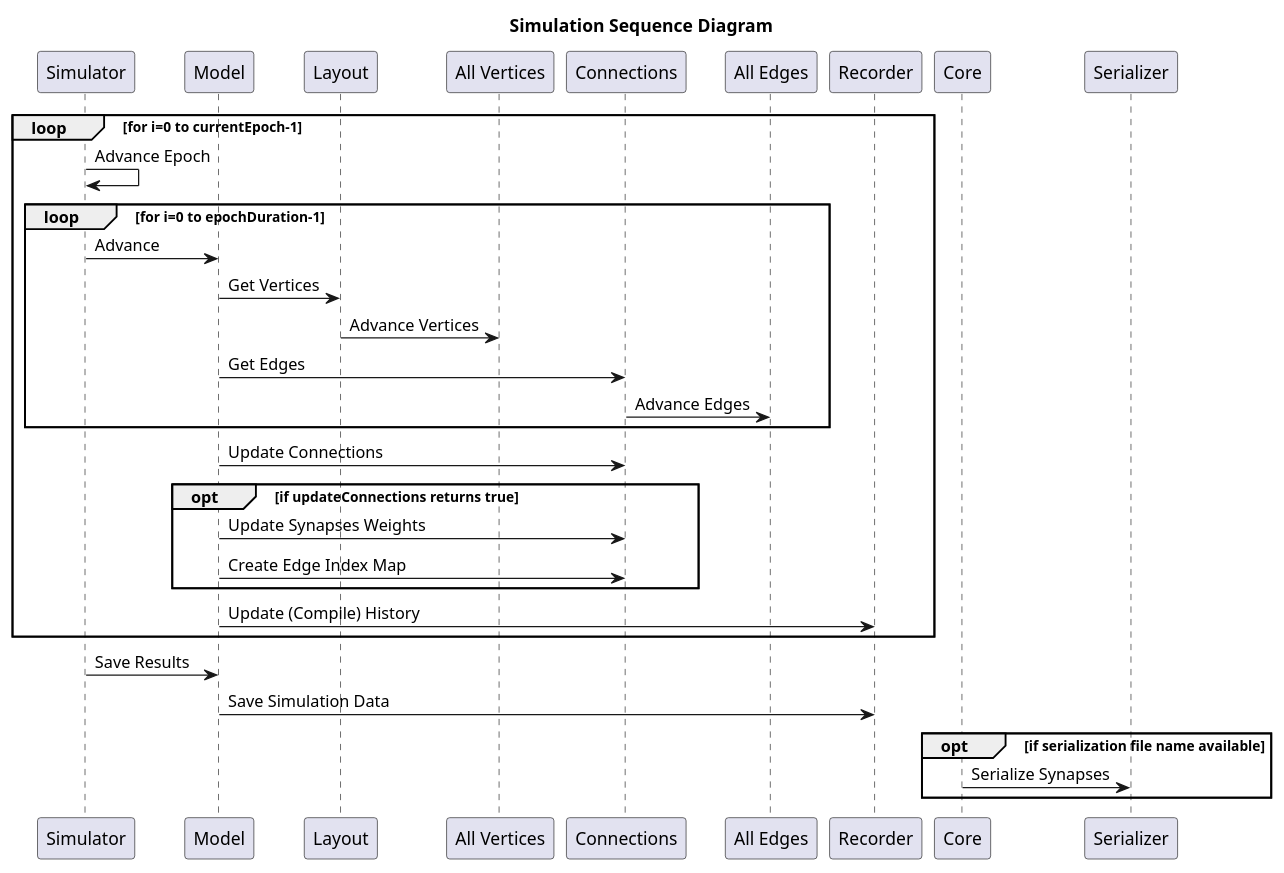
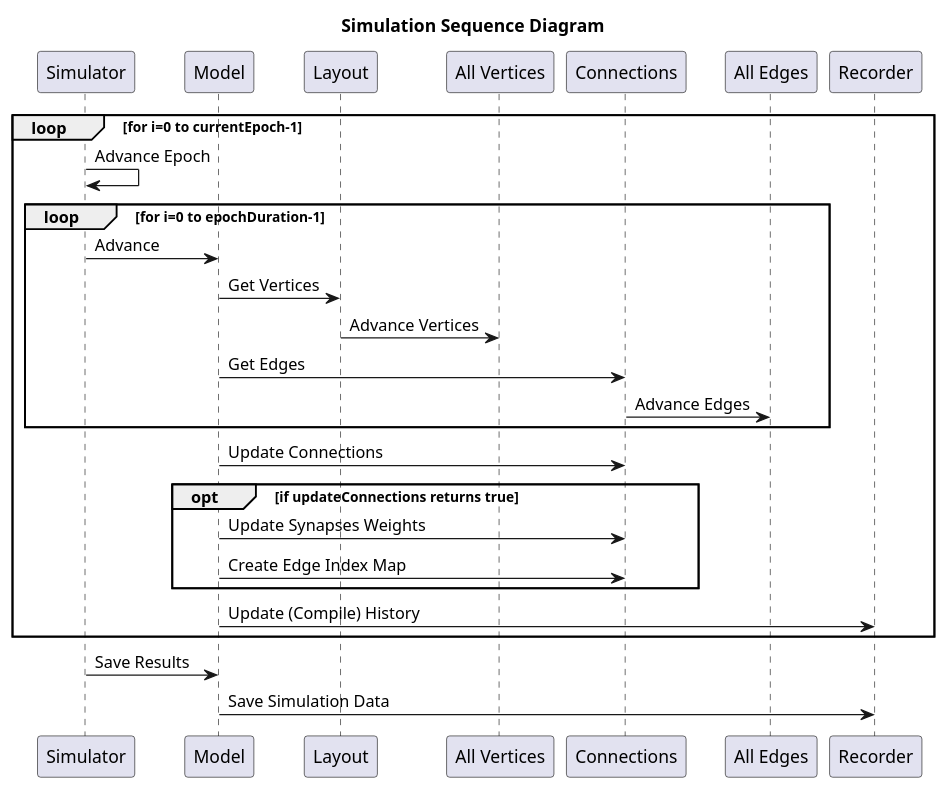
The diagram in docs/Developer/SequenceDiagrams/simulatorSimulate.puml (UWB-Biocomputing/Graphitti), drawn with PlantUML before and after one commit.

Commit message:
Remove de-serialization logic in simulatorSimulate.puml
De-serialization logic already exists in topLevelFlow.puml.

```diff
--- a/docs/Developer/SequenceDiagrams/simulatorSimulate.puml
+++ b/docs/Developer/SequenceDiagrams/simulatorSimulate.puml
@@ -1,28 +1,26 @@
 @startuml simulatorSimulate
 
 title Simulation Sequence Diagram
 
 loop for i=0 to currentEpoch-1
     Simulator -> Simulator: Advance Epoch
     loop for i=0 to epochDuration-1
         Simulator -> Model: Advance
         Model -> Layout: Get Vertices 
         Layout -> "All Vertices": Advance Vertices
         Model -> Connections: Get Edges
         Connections -> "All Edges": Advance Edges
     end
     Model -> Connections: Update Connections
     opt if updateConnections returns true
         Model -> Connections: Update Synapses Weights
         Model -> Connections: Create Edge Index Map
     end
     Model->Recorder: Update (Compile) History
 end
 
 Simulator -> Model: Save Results
 Model -> Recorder: Save Simulation Data
-opt if serialization file name available 
-    Core -> Serializer: Serialize Synapses
-end
+
 
 @enduml
```
